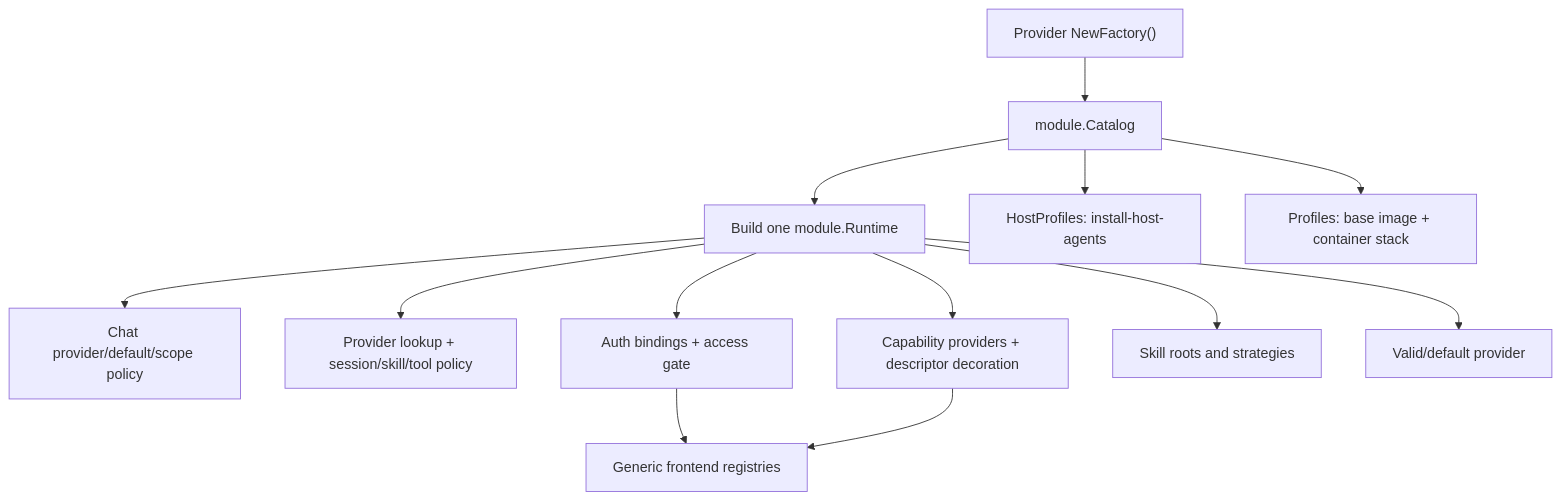
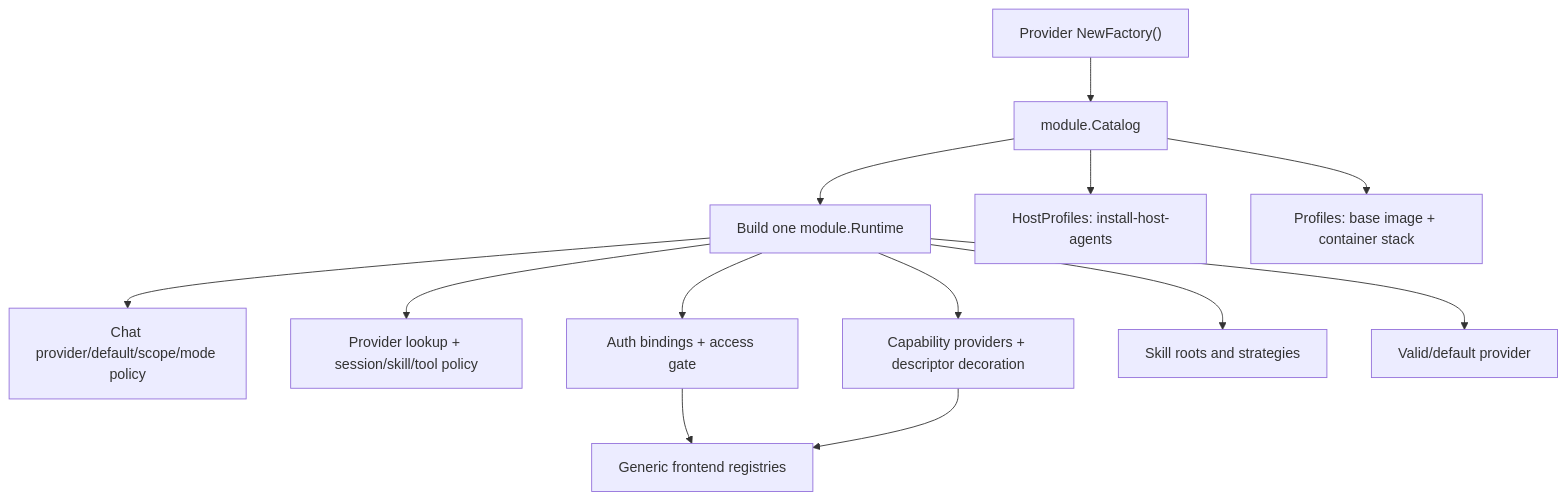
Before and after one commit to AbdallahMohamedDotnet/remote.futrx: the first of 3 diagrams in docs/dev/agents/06-features-and-platform-consumers.md, drawn with Mermaid. The commit also changed other lines of this file and 48 other files, not shown here.

````diff
--- a/docs/dev/agents/06-features-and-platform-consumers.md
+++ b/docs/dev/agents/06-features-and-platform-consumers.md
@@ -88,15 +90,15 @@
 ```mermaid
 flowchart TD
     Factory["Provider NewFactory()"] --> Catalog["module.Catalog"]
     Catalog --> Build["Build one module.Runtime"]
     Catalog --> Host["HostProfiles: install-host-agents"]
     Catalog --> Project["Profiles: base image + container stack"]
-    Build --> Chat["Chat provider/default/scope policy"]
+    Build --> Chat["Chat provider/default/scope/mode policy"]
     Build --> Prompt["Provider lookup + session/skill/tool policy"]
     Build --> Auth["Auth bindings + access gate"]
     Build --> Caps["Capability providers + descriptor decoration"]
     Build --> Skills["Skill roots and strategies"]
     Build --> Settings["Valid/default provider"]
     Auth --> Frontend["Generic frontend registries"]
     Caps --> Frontend
 ```
````
